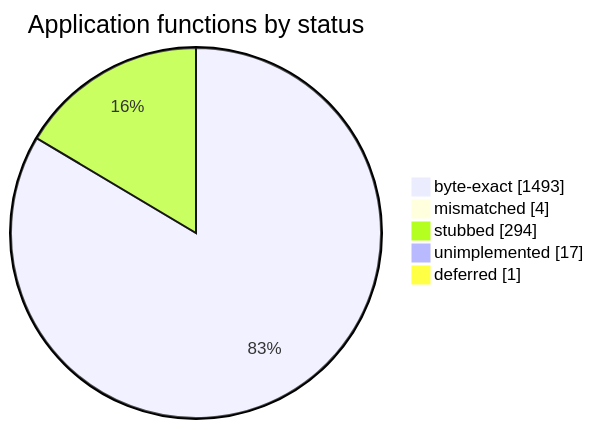
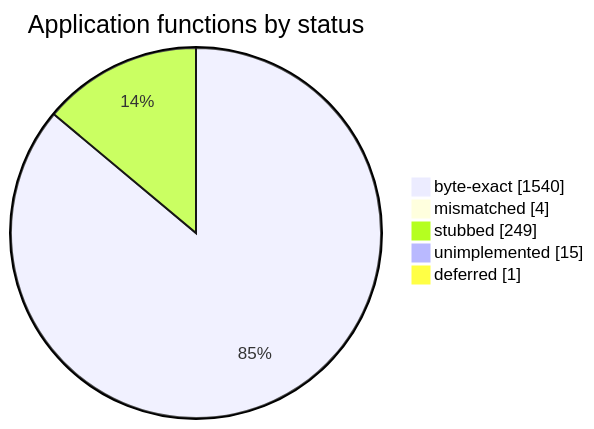
One commit to sorokya/eos changed the diagram in README.md. Above: the diagram before and after it, drawn with Mermaid. The commit also changed other lines of this file and 7 other files, not shown here.

````diff
--- a/README.md
+++ b/README.md
@@ -152,9 +152,9 @@
 ```mermaid
 pie showData
     title Application functions by status
-    "byte-exact" : 1493
+    "byte-exact" : 1540
     "mismatched" : 4
-    "stubbed" : 294
-    "unimplemented" : 17
+    "stubbed" : 249
+    "unimplemented" : 15
     "deferred" : 1
 ```
````
